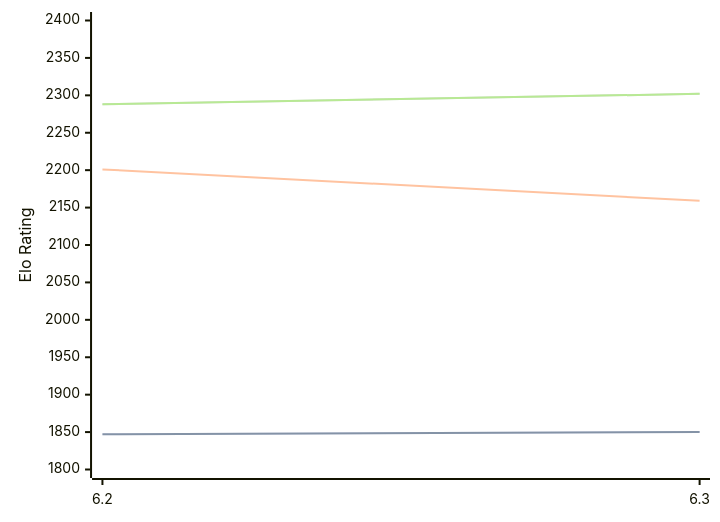
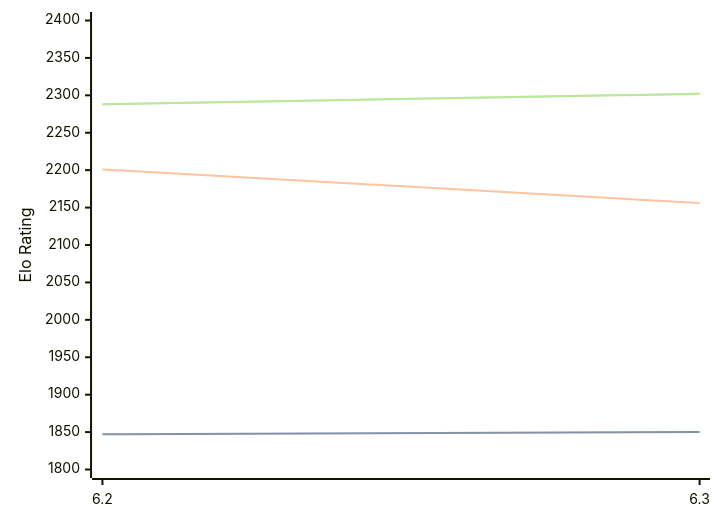
Before and after one commit to computer-chess-index/cci: the first of 3 diagrams in engines/chess4j.md, drawn with Mermaid. The commit also changed other lines of this file, not shown here.

````diff
--- a/engines/chess4j.md
+++ b/engines/chess4j.md
@@ -38,11 +38,11 @@
 ```mermaid
 %%{init: {"theme":"base","themeVariables":{"seriesColors:['#a3a3a3','#222221','#faa371']}}}%%
 xychart-beta
   x-axis ["6.2", "6.3"]
   y-axis "Elo Rating" 1800 --> 2400
   line "STC (8.0+0.08s)" [1847, 1850]
   line "STC (8.0+0.08s)" [1847, 1850]
-  line "LTC (60.0+0.60s)" [2201, 2159]
+  line "LTC (60.0+0.60s)" [2201, 2156]
   line "VLTC (2m24s+1.12s)" [2288, 2302]
   line "VLTC (2m24s+1.12s)" [2288, 2302]
 ```
````
